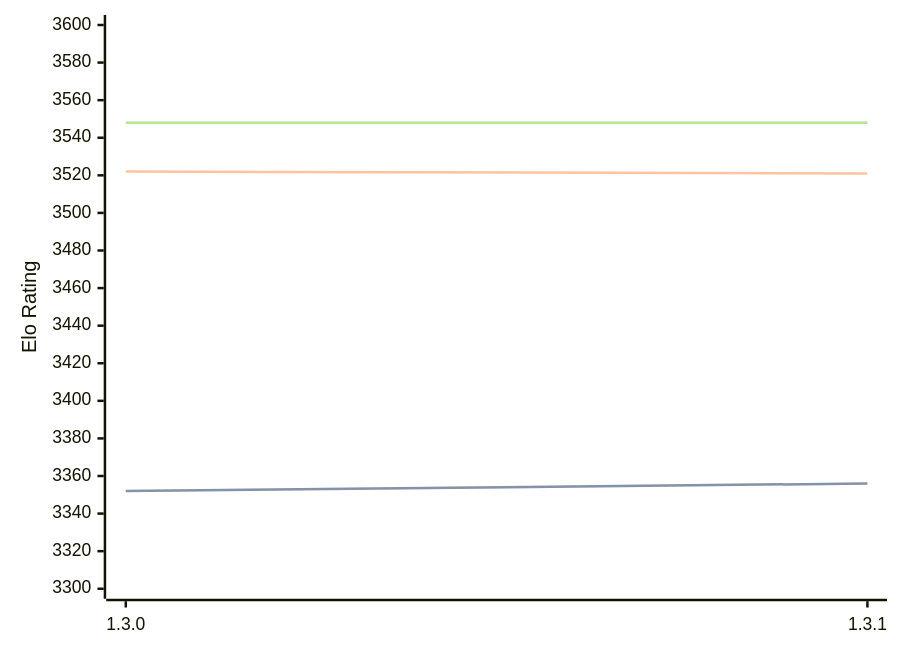
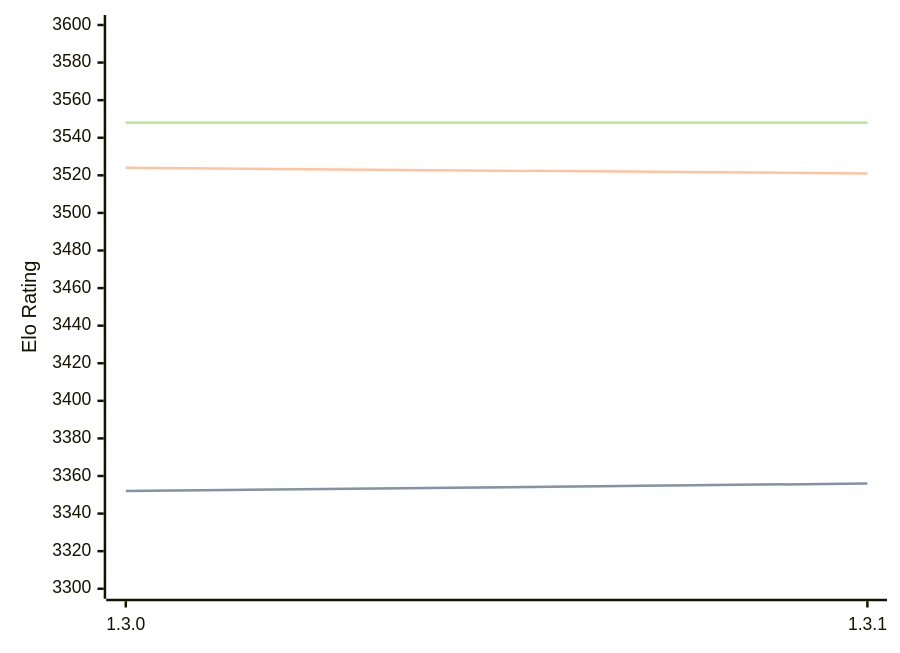
The diagram in engines/Renegade.md (computer-chess-index/cci), drawn with Mermaid before and after one commit. The commit also changed other lines of this file, not shown here.

````diff
--- a/engines/Renegade.md
+++ b/engines/Renegade.md
@@ -33,11 +33,11 @@
 ```mermaid
 %%{init: {"theme":"base","themeVariables":{"seriesColors:['#a3a3a3','#222221','#faa371']}}}%%
 xychart-beta
   x-axis ["1.3.0", "1.3.1"]
   y-axis "Elo Rating" 3300 --> 3600
   line "" [3352, 3356]
   line "STC (8.0+0.08s)" [3352, 3356]
-  line "LTC (60.0+0.60s)" [3522, 3521]
+  line "LTC (60.0+0.60s)" [3524, 3521]
   line "" [3548, 3548]
   line "VLTC (2m24s+1.12s)" [3548, 3548]
 ```
````
